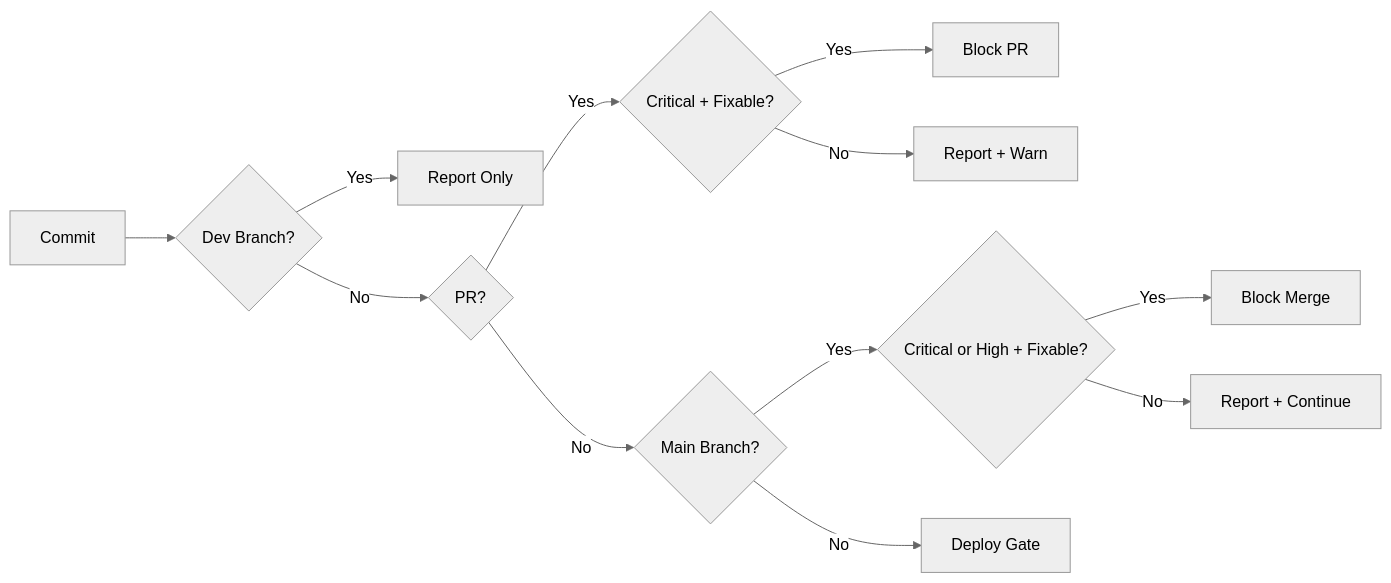
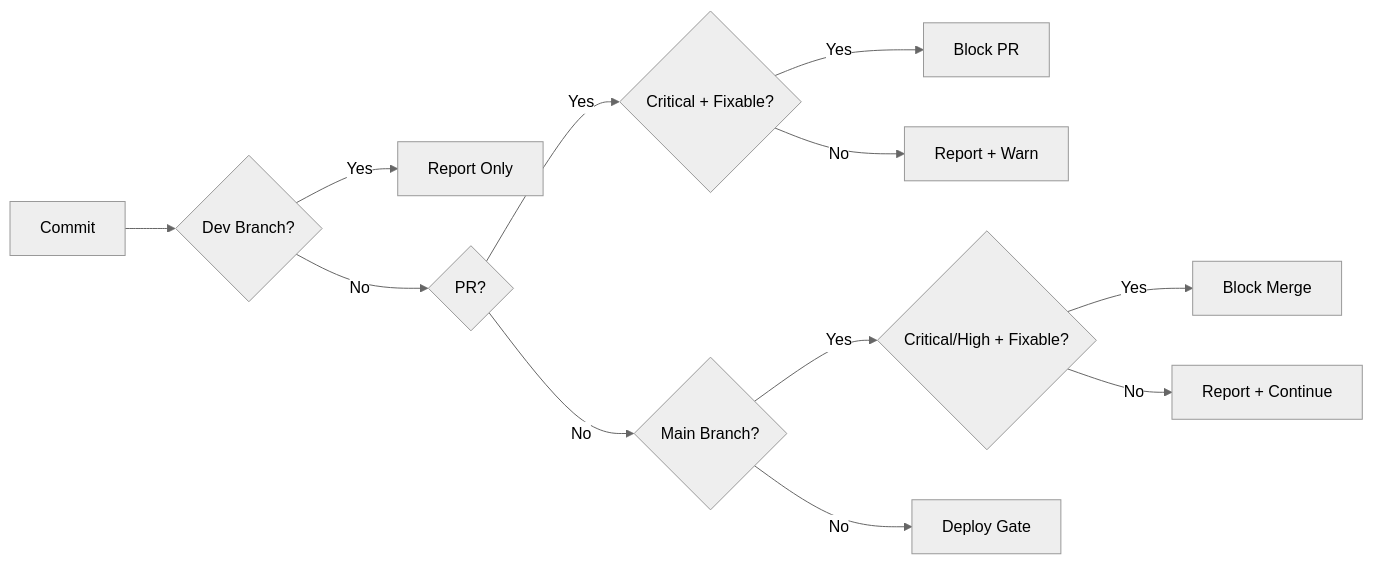
The diagram in src/content/articles/container-vulnerability-scanning-ci-shift-left-security/index.mdx (webstackdev/astro.webstackbuilders.com), drawn with Mermaid (neutral theme) before and after one commit. The commit also changed other lines of this file and 4 other files, not shown here.

````diff
--- a/src/content/articles/container-vulnerability-scanning-ci-shift-left-security/index.mdx
+++ b/src/content/articles/container-vulnerability-scanning-ci-shift-left-security/index.mdx
@@ -406,17 +64,17 @@
 ```mermaid
 graph LR
     A[Commit] --> B{Dev Branch?}
     B -->|Yes| C[Report Only]
     B -->|No| D{PR?}
 
     D -->|Yes| E{Critical + Fixable?}
     E -->|Yes| F[Block PR]
     E -->|No| G[Report + Warn]
 
     D -->|No| H{Main Branch?}
-    H -->|Yes| I{Critical or High + Fixable?}
+    H -->|Yes| I{Critical/High + Fixable?}
     I -->|Yes| J[Block Merge]
     I -->|No| K[Report + Continue]
 
     H -->|No| L[Deploy Gate]
 ```
````
